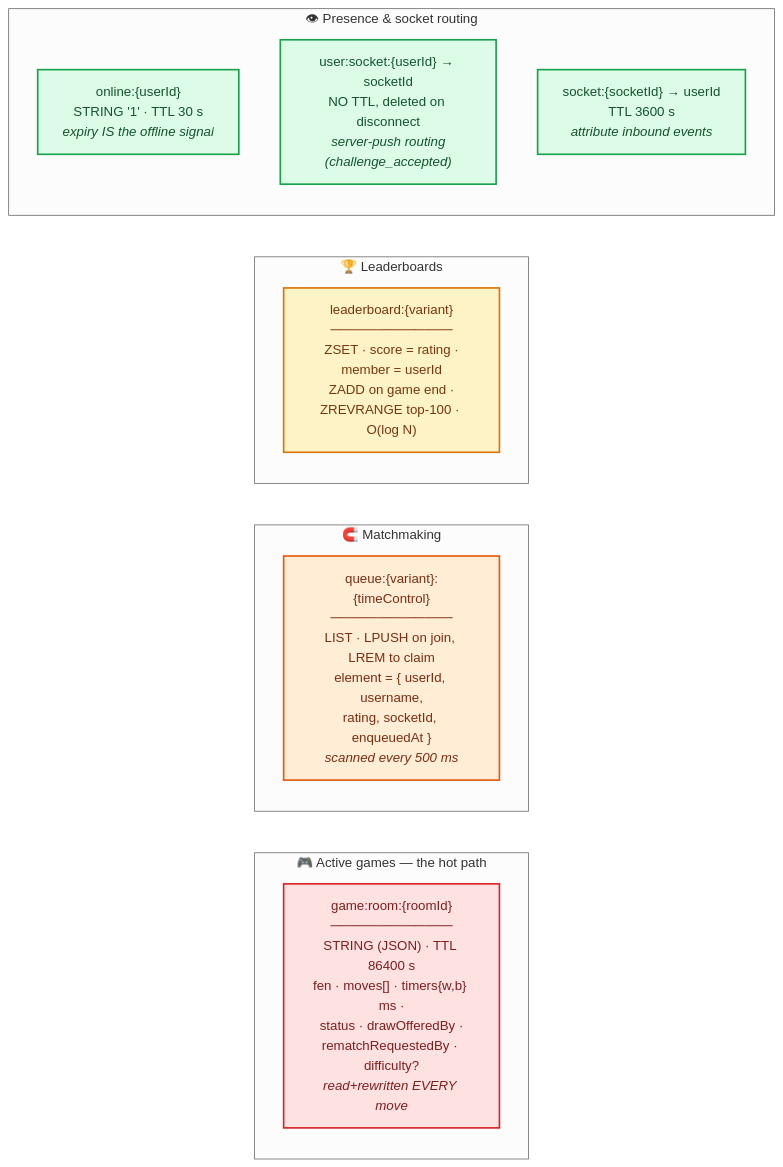
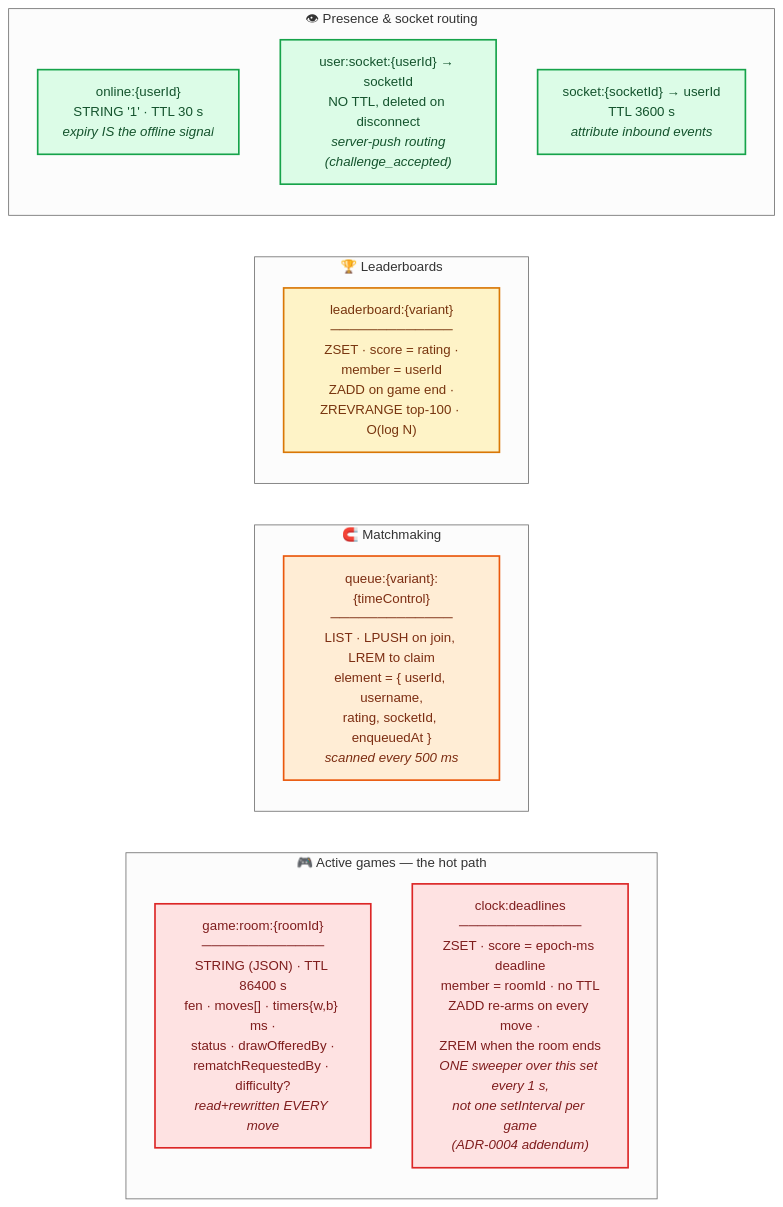
One commit to AdiGo112/Wchess changed diagram 16 of 18 in Diagrams.md. Above: the diagram before and after it, drawn with Mermaid (neutral theme). The commit also changed 12 other files, not shown here.

````diff
--- a/Diagrams.md
+++ b/Diagrams.md
@@ -691,25 +691,26 @@
 ```mermaid
 flowchart LR
     classDef room fill:#fee2e2,stroke:#dc2626,stroke-width:2px,color:#7f1d1d
     classDef q fill:#ffedd5,stroke:#ea580c,stroke-width:2px,color:#7c2d12
     classDef lb fill:#fef3c7,stroke:#d97706,stroke-width:2px,color:#78350f
     classDef pres fill:#dcfce7,stroke:#16a34a,stroke-width:2px,color:#14532d
 
     subgraph ROOMS["🎮 Active games — the hot path"]
         R1["game:room:{roomId}<br/>─────────────<br/>STRING (JSON) · TTL 86400 s<br/>fen · moves[] · timers{w,b} ms ·<br/>status · drawOfferedBy ·<br/>rematchRequestedBy · difficulty?<br/><i>read+rewritten EVERY move</i>"]:::room
+        R2["clock:deadlines<br/>─────────────<br/>ZSET · score = epoch-ms deadline<br/>member = roomId · no TTL<br/>ZADD re-arms on every move ·<br/>ZREM when the room ends<br/><i>ONE sweeper over this set every 1 s,<br/>not one setInterval per game<br/>(ADR-0004 addendum)</i>"]:::room
     end
 
     subgraph QUEUES["🧲 Matchmaking"]
         Q1["queue:{variant}:{timeControl}<br/>─────────────<br/>LIST · LPUSH on join, LREM to claim<br/>element = { userId, username,<br/>rating, socketId, enqueuedAt }<br/><i>scanned every 500 ms</i>"]:::q
     end
 
     subgraph BOARDS["🏆 Leaderboards"]
         L1["leaderboard:{variant}<br/>─────────────<br/>ZSET · score = rating ·<br/>member = userId<br/>ZADD on game end ·<br/>ZREVRANGE top-100 · O(log N)"]:::lb
     end
 
     subgraph PRESENCE["👁 Presence & socket routing"]
         P1["online:{userId}<br/>STRING '1' · TTL 30 s<br/><i>expiry IS the offline signal</i>"]:::pres
         P2["user:socket:{userId} → socketId<br/>NO TTL, deleted on disconnect<br/><i>server-push routing<br/>(challenge_accepted)</i>"]:::pres
         P3["socket:{socketId} → userId<br/>TTL 3600 s<br/><i>attribute inbound events</i>"]:::pres
     end
 ```
````
